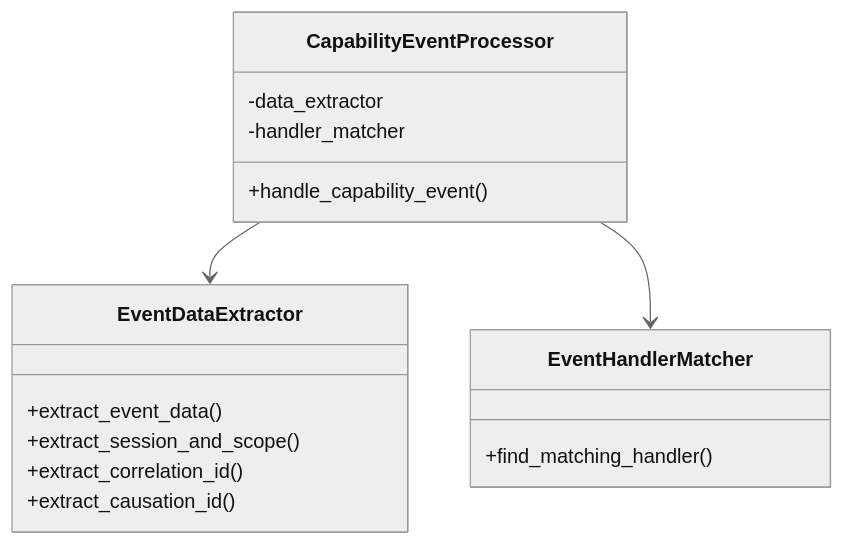
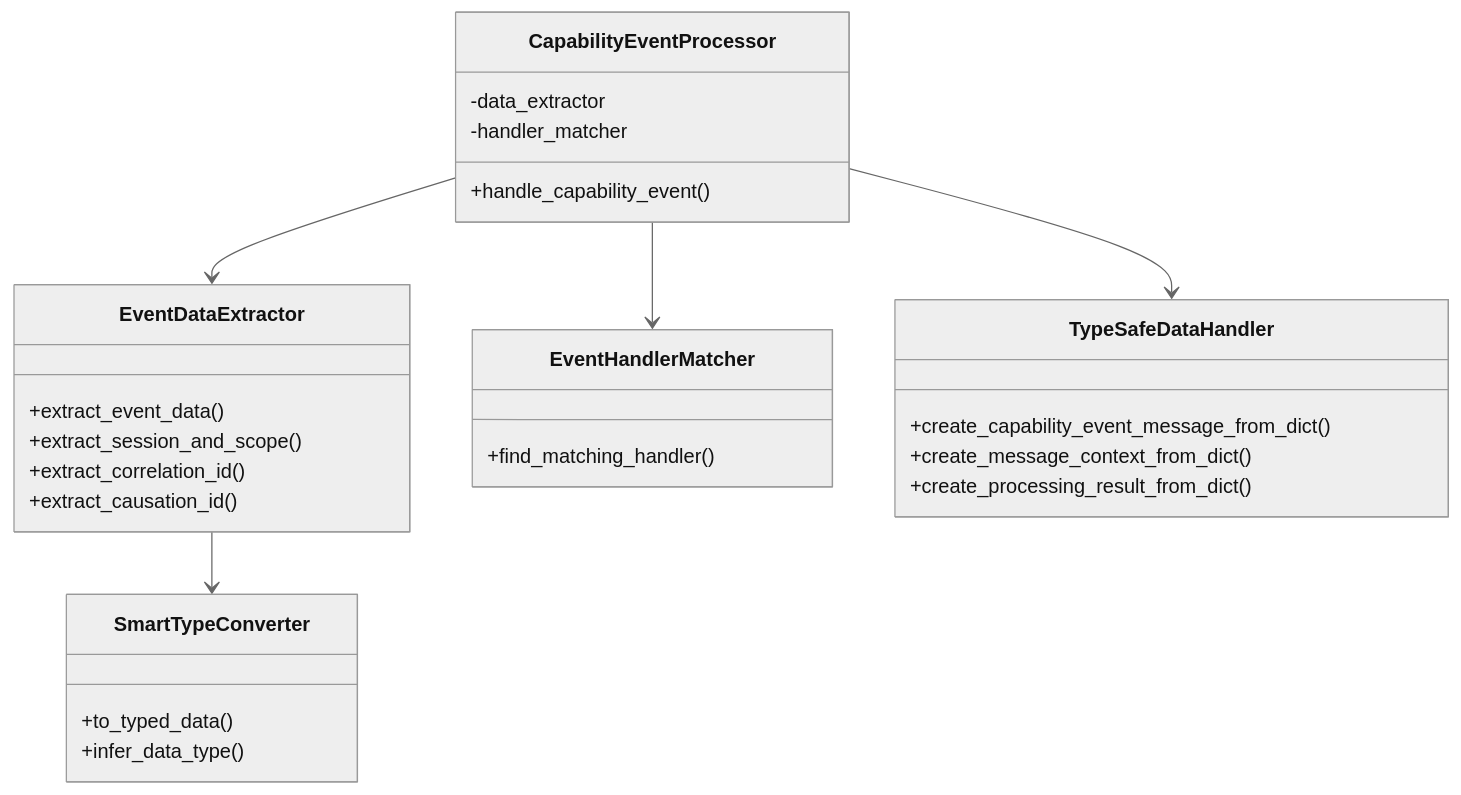
The sixth of 26 diagrams in apps/backend/src/agents/orchestrator/README.md (zhiyue/infinite-scribe), drawn with Mermaid (neutral theme) before and after one commit. The commit also changed other lines of this file, not shown here.

````diff
--- a/apps/backend/src/agents/orchestrator/README.md
+++ b/apps/backend/src/agents/orchestrator/README.md
@@ -148,22 +231,35 @@
 ```mermaid
 classDiagram
     class CapabilityEventProcessor {
         +handle_capability_event()
         -data_extractor
         -handler_matcher
     }
     
     class EventDataExtractor {
         +extract_event_data()
         +extract_session_and_scope()
         +extract_correlation_id()
         +extract_causation_id()
     }
     
     class EventHandlerMatcher {
         +find_matching_handler()
     }
     
+    class TypeSafeDataHandler {
+        +create_capability_event_message_from_dict()
+        +create_message_context_from_dict()
+        +create_processing_result_from_dict()
+    }
+    
+    class SmartTypeConverter {
+        +to_typed_data()
+        +infer_data_type()
+    }
+    
     CapabilityEventProcessor --> EventDataExtractor
     CapabilityEventProcessor --> EventHandlerMatcher
+    CapabilityEventProcessor --> TypeSafeDataHandler
+    EventDataExtractor --> SmartTypeConverter
 ```
````
